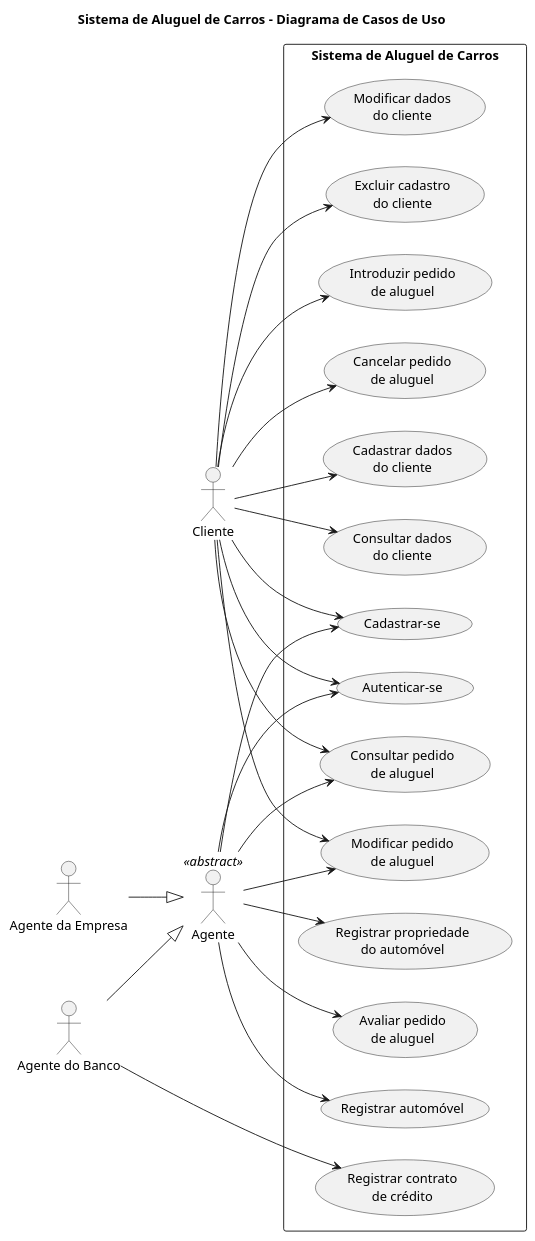
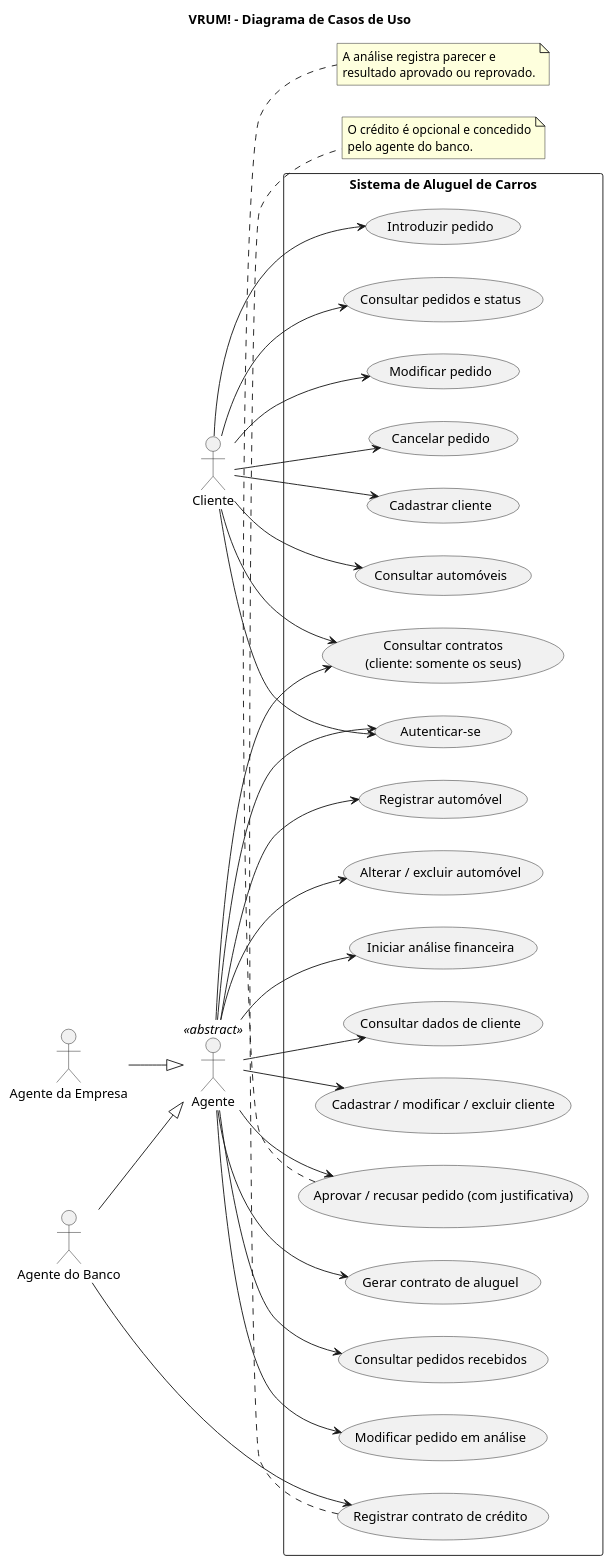
One commit to pamelanilo/Sistema_Aluguel_Carros changed the diagram in docs/diagramas/Diagrama_casos_uso.puml. Above: the diagram before and after it, drawn with PlantUML. The commit also changed 51 other files, not shown here.

```diff
--- a/docs/diagramas/Diagrama_casos_uso.puml
+++ b/docs/diagramas/Diagrama_casos_uso.puml
@@ -1,60 +1,66 @@
 @startuml
 left to right direction
 skinparam packageStyle rectangle
 skinparam shadowing false
 skinparam DefaultFontName Arial
-
-title Sistema de Aluguel de Carros - Diagrama de Casos de Uso
+title VRUM! - Diagrama de Casos de Uso
 
 actor Cliente
 actor Agente <<abstract>>
 actor "Agente da Empresa" as AgenteEmpresa
 actor "Agente do Banco" as AgenteBanco
-
 AgenteEmpresa --|> Agente
 AgenteBanco --|> Agente
 
 rectangle "Sistema de Aluguel de Carros" {
-
-    usecase "Cadastrar-se" as UC0
-    usecase "Autenticar-se" as UC1
-
-    usecase "Cadastrar dados\ndo cliente" as UC2
-    usecase "Consultar dados\ndo cliente" as UC3
-    usecase "Modificar dados\ndo cliente" as UC4
-    usecase "Excluir cadastro\ndo cliente" as UC5
-
-    usecase "Introduzir pedido\nde aluguel" as UC6
-    usecase "Modificar pedido\nde aluguel" as UC7
-    usecase "Consultar pedido\nde aluguel" as UC8
-    usecase "Cancelar pedido\nde aluguel" as UC9
-
-    usecase "Avaliar pedido\nde aluguel" as UC10
-
-    usecase "Registrar automóvel" as UC11
-    usecase "Registrar propriedade\ndo automóvel" as UC12
-    usecase "Registrar contrato\nde crédito" as UC13
+  usecase "Cadastrar cliente" as UC_Cad
+  usecase "Autenticar-se" as UC_Login
+  usecase "Consultar automóveis" as UC_Carros
+  usecase "Registrar automóvel" as UC_RegCarro
+  usecase "Alterar / excluir automóvel" as UC_ManCarro
+  usecase "Introduzir pedido" as UC_Criar
+  usecase "Consultar pedidos e status" as UC_Consultar
+  usecase "Modificar pedido" as UC_Mod
+  usecase "Cancelar pedido" as UC_Cancelar
+  usecase "Consultar pedidos recebidos" as UC_ListaAgente
+  usecase "Modificar pedido em análise" as UC_ModAgente
+  usecase "Iniciar análise financeira" as UC_Analisar
+  usecase "Aprovar / recusar pedido (com justificativa)" as UC_Avaliar
+  usecase "Consultar dados de cliente" as UC_Cliente
+  usecase "Cadastrar / modificar / excluir cliente" as UC_CRUD
+  usecase "Gerar contrato de aluguel" as UC_Contrato
+  usecase "Registrar contrato de crédito" as UC_Credito
+  usecase "Consultar contratos\n(cliente: somente os seus)" as UC_ConsultarContrato
 }
 
-Cliente --> UC0
-Cliente --> UC1
-Cliente --> UC2
-Cliente --> UC3
-Cliente --> UC4
-Cliente --> UC5
-Cliente --> UC6
-Cliente --> UC7
-Cliente --> UC8
-Cliente --> UC9
+Cliente --> UC_Cad
+Cliente --> UC_Login
+Cliente --> UC_Carros
+Cliente --> UC_Criar
+Cliente --> UC_Consultar
+Cliente --> UC_Mod
+Cliente --> UC_Cancelar
+Cliente --> UC_ConsultarContrato
 
-Agente --> UC0
-Agente --> UC1
-Agente --> UC7
-Agente --> UC8
-Agente --> UC10
-Agente --> UC11
-Agente --> UC12
+Agente --> UC_Login
+Agente --> UC_ListaAgente
+Agente --> UC_ModAgente
+Agente --> UC_Analisar
+Agente --> UC_Avaliar
+Agente --> UC_Cliente
+Agente --> UC_CRUD
+Agente --> UC_RegCarro
+Agente --> UC_ManCarro
+Agente --> UC_Contrato
+Agente --> UC_ConsultarContrato
+AgenteBanco --> UC_Credito
 
-AgenteBanco --> UC13
-
+note bottom of UC_Credito
+  O crédito é opcional e concedido
+  pelo agente do banco.
+end note
+note bottom of UC_Avaliar
+  A análise registra parecer e
+  resultado aprovado ou reprovado.
+end note
 @enduml
```
